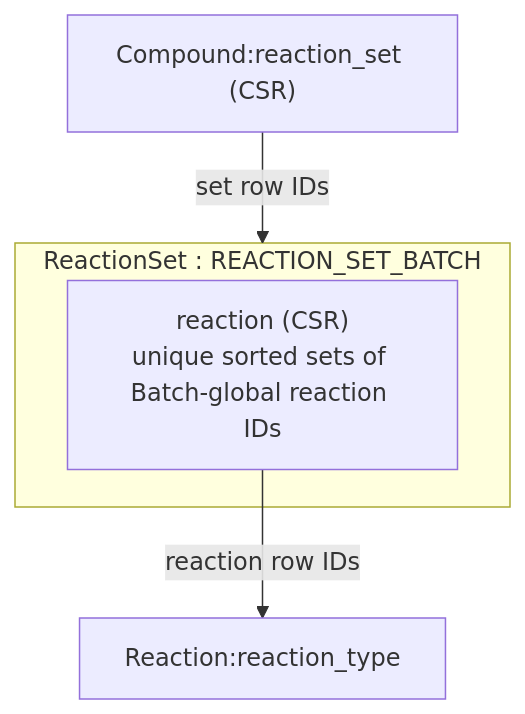
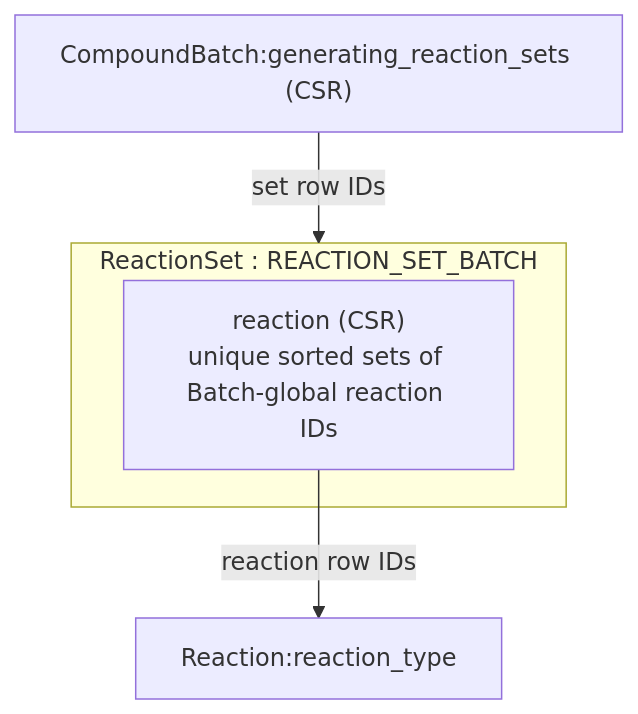
The diagram in fredis/ml/input/SCHEMA_CORE.mmd (MotohiroOGAWA/FREDIS), drawn with Mermaid before and after one commit. The commit also changed 1 other file, not shown here.

Commit message:
refactor: Update schema documentation to rename reaction_set to generating_reaction_sets for clarity

```diff
--- a/fredis/ml/input/SCHEMA_CORE.mmd
+++ b/fredis/ml/input/SCHEMA_CORE.mmd
@@ -1,8 +1,8 @@
 flowchart TB
     subgraph RS["ReactionSet : REACTION_SET_BATCH"]
         MEMBERS["reaction (CSR)<br/>unique sorted sets of Batch-global reaction IDs"]
     end
     REACTION["Reaction:reaction_type"]
-    COMPOUND["Compound:reaction_set (CSR)"]
+    COMPOUND["CompoundBatch:generating_reaction_sets (CSR)"]
     MEMBERS -->|"reaction row IDs"| REACTION
     COMPOUND -->|"set row IDs"| RS
```
